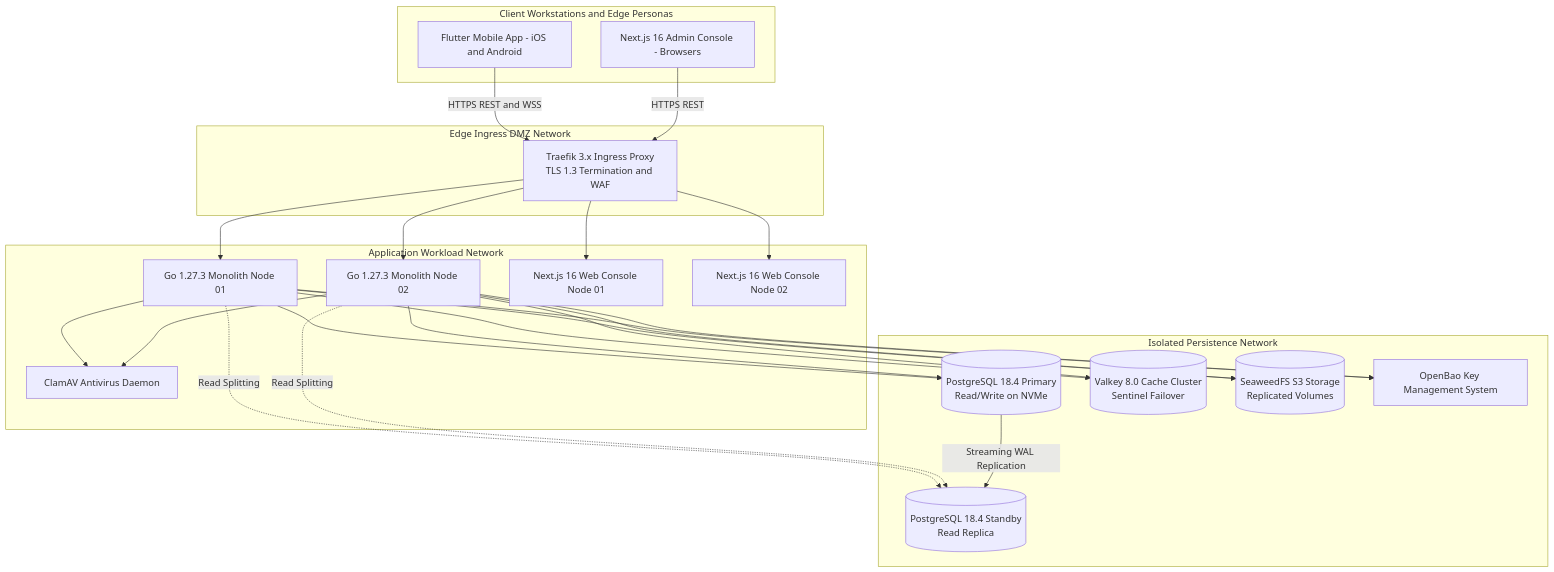
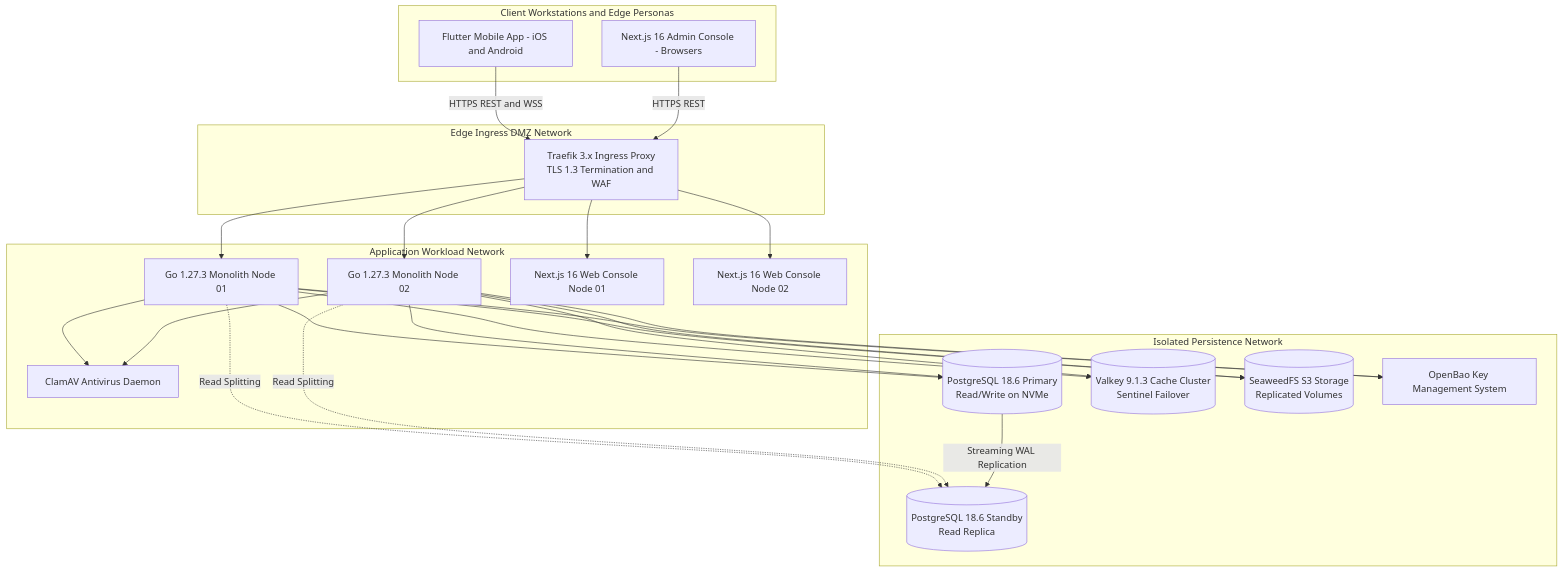
One commit to YDink/Heavy-Machinery-Logistics-Rental changed the second of 7 diagrams in docs/shared/architecture/10-deployment-architecture.md. Above: the diagram before and after it, drawn with Mermaid. The commit also changed other lines of this file and 212 other files, not shown here.

````diff
--- a/docs/shared/architecture/10-deployment-architecture.md
+++ b/docs/shared/architecture/10-deployment-architecture.md
@@ -98,51 +98,51 @@
 ```mermaid
 flowchart TD
     subgraph Clients [Client Workstations and Edge Personas]
         MobileApp["Flutter Mobile App - iOS and Android"]
         WebAdmin["Next.js 16 Admin Console - Browsers"]
     end
 
     subgraph EdgeDMZ [Edge Ingress DMZ Network]
         TraefikGateway["Traefik 3.x Ingress Proxy<br/>TLS 1.3 Termination and WAF"]
     end
 
     subgraph AppNetwork [Application Workload Network]
         MonolithNode1["Go 1.27.3 Monolith Node 01"]
         MonolithNode2["Go 1.27.3 Monolith Node 02"]
         AdminWebNode1["Next.js 16 Web Console Node 01"]
         AdminWebNode2["Next.js 16 Web Console Node 02"]
         ClamAVDaemon["ClamAV Antivirus Daemon"]
     end
 
     subgraph DataNetwork [Isolated Persistence Network]
-        PGPrimary[("PostgreSQL 18.4 Primary<br/>Read/Write on NVMe")]
-        PGStandby[("PostgreSQL 18.4 Standby<br/>Read Replica")]
-        ValkeyCluster[("Valkey 8.0 Cache Cluster<br/>Sentinel Failover")]
+        PGPrimary[("PostgreSQL 18.6 Primary<br/>Read/Write on NVMe")]
+        PGStandby[("PostgreSQL 18.6 Standby<br/>Read Replica")]
+        ValkeyCluster[("Valkey 9.1.3 Cache Cluster<br/>Sentinel Failover")]
         SeaweedCluster[("SeaweedFS S3 Storage<br/>Replicated Volumes")]
         OpenBaoKMS["OpenBao Key Management System"]
     end
 
     MobileApp -->|HTTPS REST and WSS| TraefikGateway
     WebAdmin -->|HTTPS REST| TraefikGateway
 
     TraefikGateway --> MonolithNode1
     TraefikGateway --> MonolithNode2
     TraefikGateway --> AdminWebNode1
     TraefikGateway --> AdminWebNode2
 
     MonolithNode1 --> PGPrimary
     MonolithNode2 --> PGPrimary
     MonolithNode1 -.->|Read Splitting| PGStandby
     MonolithNode2 -.->|Read Splitting| PGStandby
 
     MonolithNode1 --> ValkeyCluster
     MonolithNode2 --> ValkeyCluster
     MonolithNode1 --> SeaweedCluster
     MonolithNode2 --> SeaweedCluster
     MonolithNode1 --> ClamAVDaemon
     MonolithNode2 --> ClamAVDaemon
     MonolithNode1 --> OpenBaoKMS
     MonolithNode2 --> OpenBaoKMS
 
     PGPrimary -->|Streaming WAL Replication| PGStandby
 ```
````
